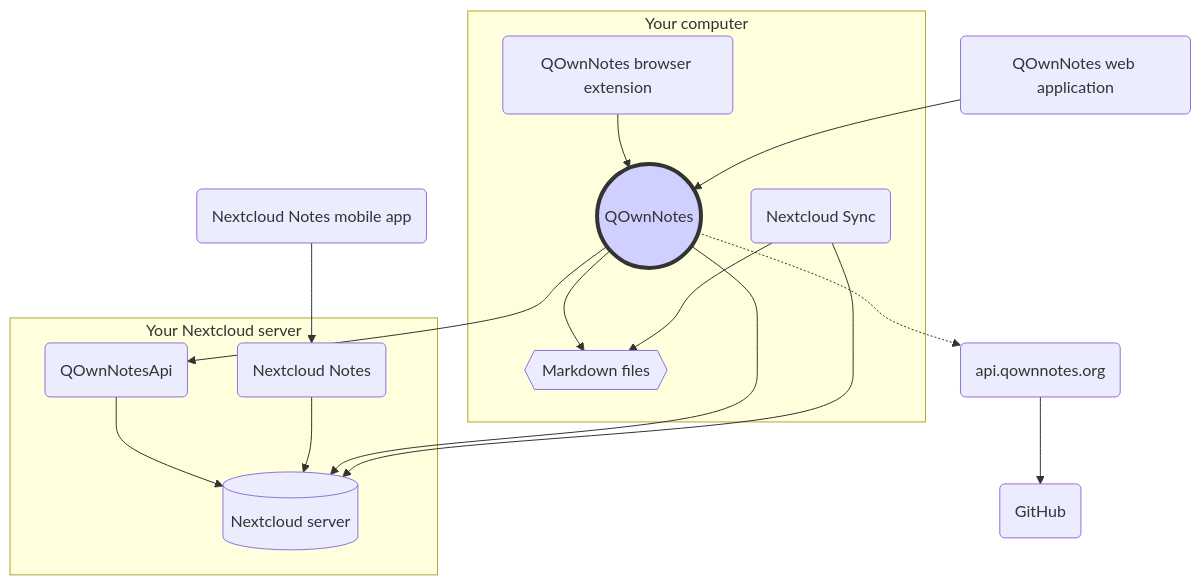
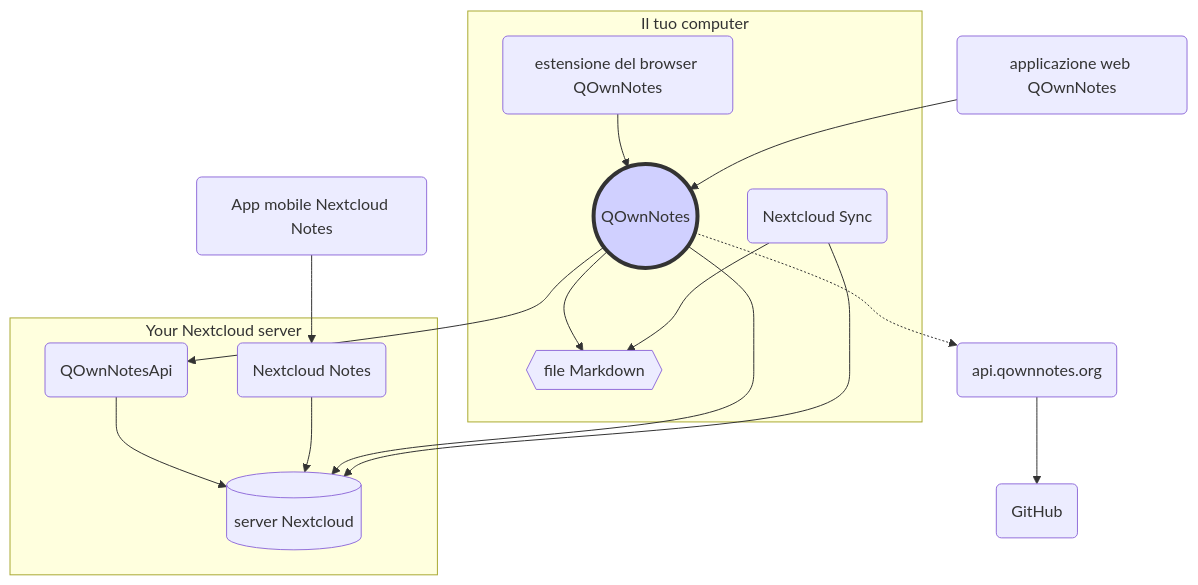
Before and after one commit to pbek/QOwnNotes: the diagram in webpage/src/it/getting-started/concept.md, drawn with Mermaid. The commit also changed 10 other files, not shown here.

````diff
--- a/webpage/src/it/getting-started/concept.md
+++ b/webpage/src/it/getting-started/concept.md
@@ -3,32 +3,32 @@
 ```mermaid
 graph TB
-    subgraph Your computer
-        qon((QOwnNotes))-->md{{"Markdown files"}}
+    subgraph Il tuo computer
+        qon((QOwnNotes))-->md{{"file Markdown"}}
         sync("Nextcloud Sync")-->md
-        qon-comp("QOwnNotes browser extension")-->qon
+        qon-comp("estensione del browser QOwnNotes")-->qon
     end
     subgraph Your Nextcloud server
-        qon-api("QOwnNotesApi")-->ncs[("Nextcloud server")]
+        qon-api("QOwnNotesApi")-->ncs[("server Nextcloud")]
         nc-notes-app("Nextcloud Notes")-->ncs
     end
 
-    nc-notes-mob("Nextcloud Notes mobile app")-->nc-notes-app
-    qon-web-app("QOwnNotes web application")-->qon
+    nc-notes-mob("App mobile Nextcloud Notes")-->nc-notes-app
+    qon-web-app("applicazione web QOwnNotes")-->qon
     qon-->qon-api
     qon-->ncs
     sync-->ncs
     qon-.->qon-web-api("api.qownnotes.org")
     qon-web-api-->github("GitHub")
 
     style qon fill:#d0d0ff,stroke:#333,stroke-width:4px
-    click qon "/getting-started/concept.html#qownnotes" "QOwnNotes Desktop Application for managing your notes on your desktop computer"
-    click md "/getting-started/concept.html#markdown-note-files" "Markdown, media and attachment files in your note folder"
-    click qon-comp "/getting-started/concept.html#qownnotes-browser-extension" "QOwnNotes browser extension for managing bookmarks in markdown files and as web clipper"
-    click sync "/getting-started/concept.html#nextcloud-desktop-sync-client" "Nextcloud desktop sync client to sync your notes to your server"
-    click ncs "/getting-started/concept.html#nextcloud-server" "Nextcloud server to host your notes and other files"
-    click qon-api "/getting-started/concept.html#qownnotesapi-nextcloud-app" "QOwnNotesAPI Nextcloud app to access your server-side trash and note versions"
+    click qon "/getting-started/concept.html#qownnotes" "applicazione desktop QOwnNotes  per gestire le tue note sul tuo computer"
+    click md "/getting-started/concept.html#markdown-note-files" "Markdown, allegati e media nella tua cartella note"
+    click qon-comp "/getting-started/concept.html#qownnotes-browser-extension" "extensione del browser QOwnNotes per gestire i preferiti in file markdown e come strumento di cattura web"
+    click sync "/getting-started/concept.html#nextcloud-desktop-sync-client" "client di sincronizzazione Nextcloud desktop per sincronizzare le tue note sul tuo server"
+    click ncs "/getting-started/concept.html#nextcloud-server" "server Nextcloud per ospitare le tue note e altri file"
+    click qon-api "/getting-started/concept.html#qownnotesapi-nextcloud-app" "app QOwnNotesAPI Nextcloud per accedere al cestino e alle versioni delle tue note sul server"
     click nc-notes-app "/getting-started/concept.html#nextcloud-notes-server-app" "Nextcloud Notes server app to manage your notes in the web"
-    click nc-notes-mob "/getting-started/concept.html#nextcloud-notes-mobile-app" "Nextcloud Notes mobile app to manage your notes on your mobile phone"
-    click qon-web-app "/getting-started/concept.html#qownnotes-web-app" "QOwnNotes Web App to send photos from your mobile phone"
+    click nc-notes-mob "/getting-started/concept.html#nextcloud-notes-mobile-app" "app mobile Nextcloud Notes per gestire le tue note sul telefono"
+    click qon-web-app "/getting-started/concept.html#qownnotes-web-app" "applicazione web QOwnNotes per mandare foto dal tuo telefono"
     click qon-web-api "/getting-started/concept.html#api-qownnotes-org"
 ```
````
